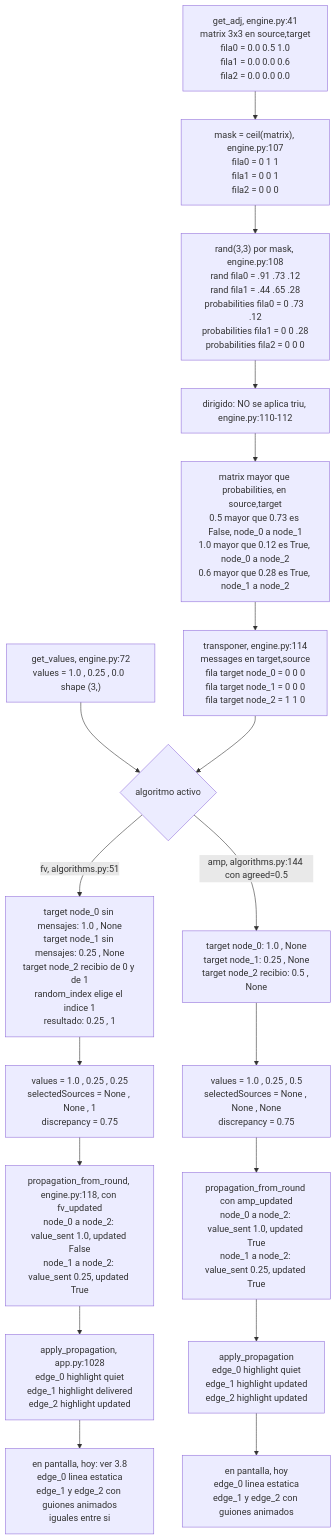
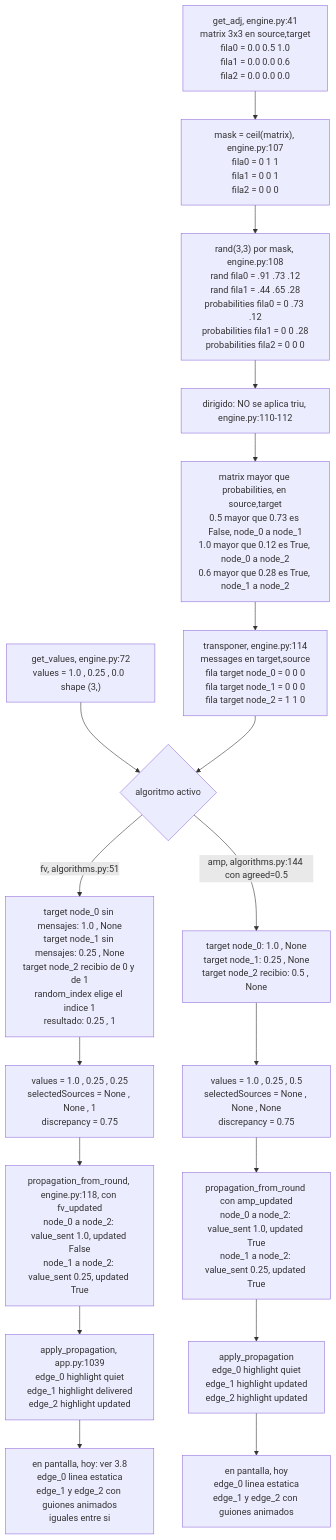
The third of 4 diagrams in docs/04-simulacion-individual.md (Rou-uu/consenso-simulador), drawn with Mermaid before and after one commit. The commit also changed other lines of this file and 14 other files, not shown here.

````diff
--- a/docs/04-simulacion-individual.md
+++ b/docs/04-simulacion-individual.md
@@ -520,27 +558,27 @@
 ```mermaid
 flowchart TD
     A["get_adj, engine.py:41<br/>matrix 3x3 en source,target<br/>fila0 = 0.0 0.5 1.0<br/>fila1 = 0.0 0.0 0.6<br/>fila2 = 0.0 0.0 0.0"] --> B
     A0["get_values, engine.py:72<br/>values = 1.0 , 0.25 , 0.0  shape (3,)"] --> D
 
     B["mask = ceil(matrix), engine.py:107<br/>fila0 = 0 1 1<br/>fila1 = 0 0 1<br/>fila2 = 0 0 0"] --> C
     C["rand(3,3) por mask, engine.py:108<br/>rand fila0 = .91 .73 .12<br/>rand fila1 = .44 .65 .28<br/>probabilities fila0 = 0 .73 .12<br/>probabilities fila1 = 0 0 .28<br/>probabilities fila2 = 0 0 0"] --> C2
     C2["dirigido: NO se aplica triu, engine.py:110-112"] --> C3
     C3["matrix mayor que probabilities, en source,target<br/>0.5 mayor que 0.73 es False, node_0 a node_1<br/>1.0 mayor que 0.12 es True, node_0 a node_2<br/>0.6 mayor que 0.28 es True, node_1 a node_2"] --> C4
     C4["transponer, engine.py:114<br/>messages en target,source<br/>fila target node_0 = 0 0 0<br/>fila target node_1 = 0 0 0<br/>fila target node_2 = 1 1 0"] --> D
 
     D{"algoritmo activo"}
     D -- "fv, algorithms.py:51" --> E1["target node_0 sin mensajes: 1.0 , None<br/>target node_1 sin mensajes: 0.25 , None<br/>target node_2 recibio de 0 y de 1<br/>random_index elige el indice 1<br/>resultado: 0.25 , 1"]
     D -- "amp, algorithms.py:144 con agreed=0.5" --> E2["target node_0: 1.0 , None<br/>target node_1: 0.25 , None<br/>target node_2 recibio: 0.5 , None"]
 
     E1 --> F1["values = 1.0 , 0.25 , 0.25<br/>selectedSources = None , None , 1<br/>discrepancy = 0.75"]
     E2 --> F2["values = 1.0 , 0.25 , 0.5<br/>selectedSources = None , None , None<br/>discrepancy = 0.75"]
 
     F1 --> G1["propagation_from_round, engine.py:118, con fv_updated<br/>node_0 a node_2: value_sent 1.0, updated False<br/>node_1 a node_2: value_sent 0.25, updated True"]
     F2 --> G2["propagation_from_round con amp_updated<br/>node_0 a node_2: value_sent 1.0, updated True<br/>node_1 a node_2: value_sent 0.25, updated True"]
 
-    G1 --> H1["apply_propagation, app.py:1028<br/>edge_0 highlight quiet<br/>edge_1 highlight delivered<br/>edge_2 highlight updated"]
+    G1 --> H1["apply_propagation, app.py:1039<br/>edge_0 highlight quiet<br/>edge_1 highlight delivered<br/>edge_2 highlight updated"]
     G2 --> H2["apply_propagation<br/>edge_0 highlight quiet<br/>edge_1 highlight updated<br/>edge_2 highlight updated"]
 
     H1 --> P1["en pantalla, hoy: ver 3.8<br/>edge_0 linea estatica<br/>edge_1 y edge_2 con guiones animados<br/>iguales entre si"]
     H2 --> P2["en pantalla, hoy<br/>edge_0 linea estatica<br/>edge_1 y edge_2 con guiones animados"]
 ```
````
